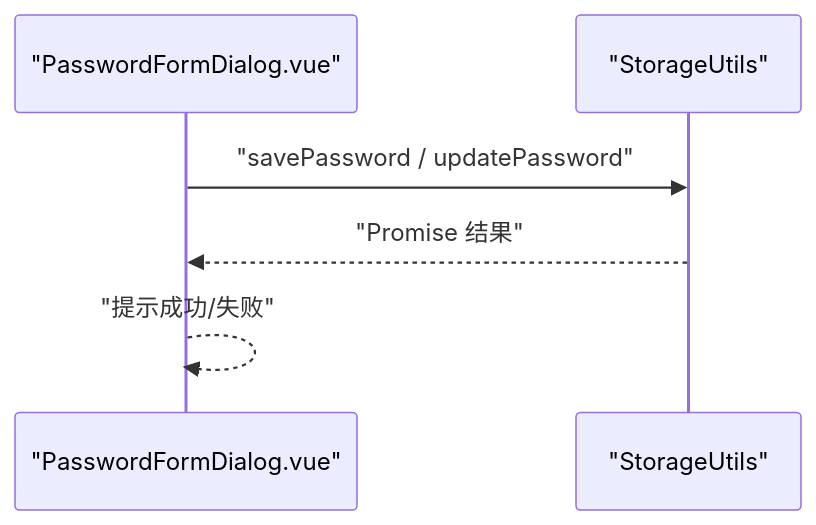
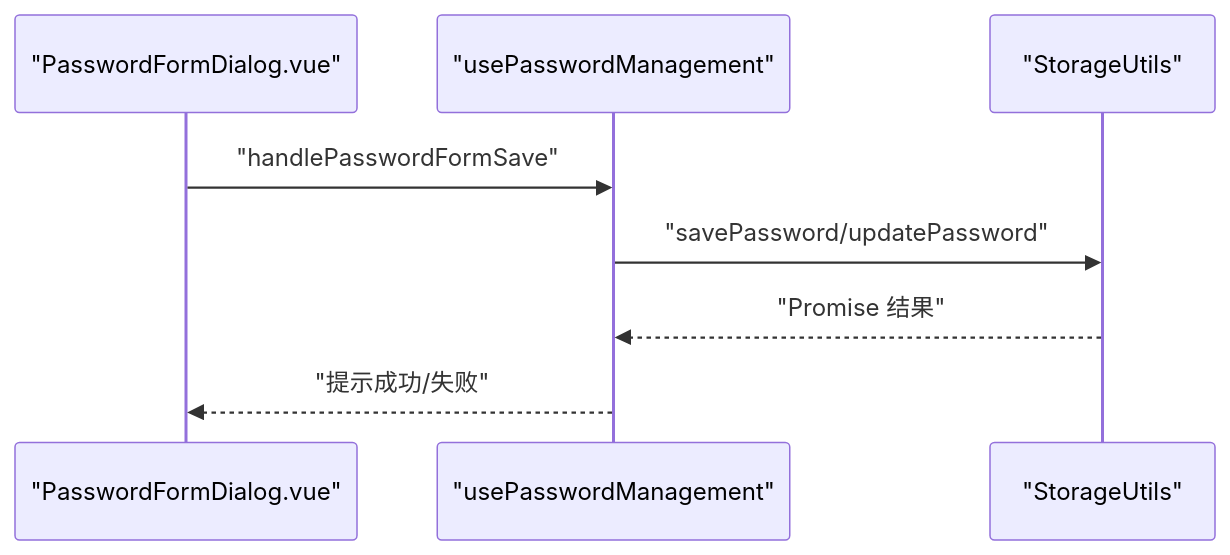
Before and after one commit to liaolongdong/account-password-helper: the ninth of 10 diagrams in .qoder/repowiki/zh/content/核心模块/核心模块.md, drawn with Mermaid. The commit also changed other lines of this file and 7 other files, not shown here.

````diff
--- a/.qoder/repowiki/zh/content/核心模块/核心模块.md
+++ b/.qoder/repowiki/zh/content/核心模块/核心模块.md
@@ -464,8 +538,10 @@
 ```mermaid
 sequenceDiagram
 participant PFD as "PasswordFormDialog.vue"
+participant UPM as "usePasswordManagement"
 participant ST as "StorageUtils"
-PFD->>ST : "savePassword / updatePassword"
-ST-->>PFD : "Promise 结果"
-PFD-->>PFD : "提示成功/失败"
+PFD->>UPM : "handlePasswordFormSave"
+UPM->>ST : "savePassword/updatePassword"
+ST-->>UPM : "Promise 结果"
+UPM-->>PFD : "提示成功/失败"
 ```
````
